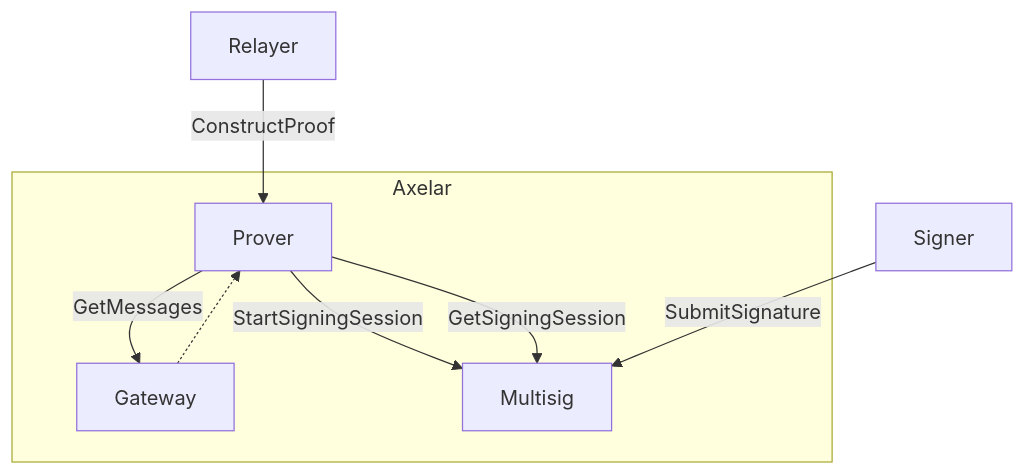
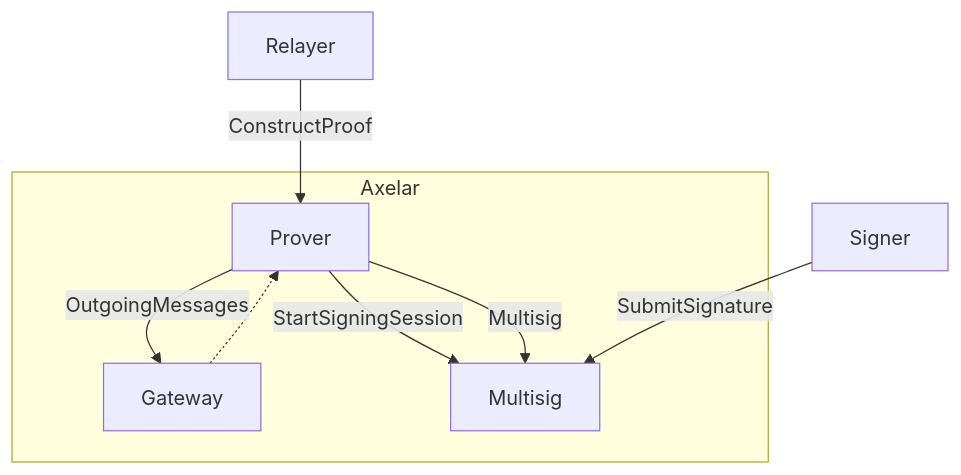
The first of 4 diagrams in doc/src/contracts/multisig_prover.md (axelarnetwork/axelar-amplifier), drawn with Mermaid before and after one commit. The commit also changed other lines of this file and 6 other files, not shown here.

````diff
--- a/doc/src/contracts/multisig_prover.md
+++ b/doc/src/contracts/multisig_prover.md
@@ -66,18 +73,18 @@
 ```mermaid
 graph TD
 
 r[Relayer]
 subgraph Axelar
 b[Prover]
 g[Gateway]
 m[Multisig]
 end
 s[Signer]
 
 r--ConstructProof-->b
-b--GetMessages-->g
+b--OutgoingMessages-->g
 g-.->b
 b--StartSigningSession-->m
-b--GetSigningSession-->m
+b--Multisig-->m
 s--SubmitSignature-->m
 ```
````
